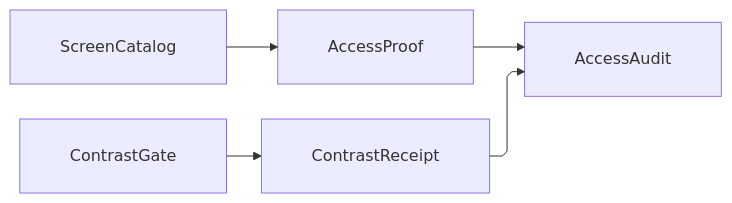
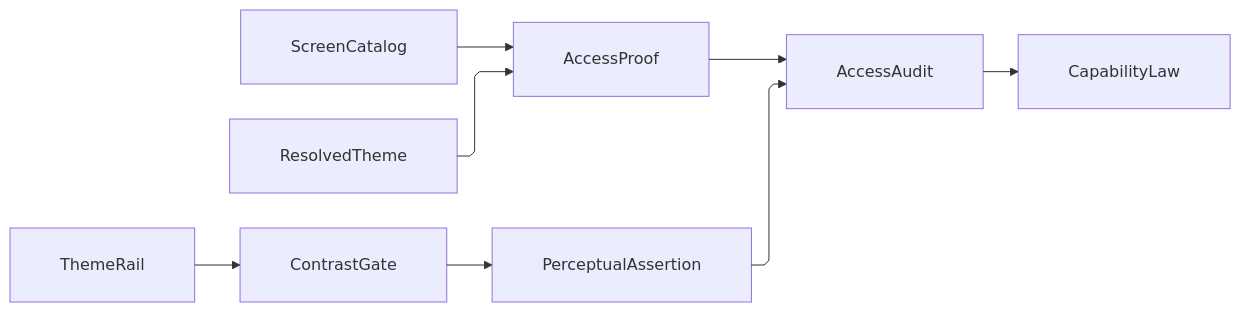
The diagram in libs/csharp/Rasm.AppUi/.planning/Shell/accessibility.md (bsamiee/Rasm), drawn with Mermaid before and after one commit. The commit also changed other lines of this file and 818 other files, not shown here.

````diff
--- a/libs/csharp/Rasm.AppUi/.planning/Shell/accessibility.md
+++ b/libs/csharp/Rasm.AppUi/.planning/Shell/accessibility.md
@@ -457,16 +635,19 @@
 ```mermaid
 ---
 config:
   layout: elk
   flowchart:
     curve: linear
     padding: 25
 ---
 flowchart LR
-    accTitle: Accessibility proof and contrast audit fold
-    accDescr: The screen catalog producing an access proof and the contrast gate producing a contrast receipt, both folding into one accessibility audit.
+    accTitle: Accessibility proof and perceptual assertion fold
+    accDescr: The screen catalog and the resolved theme grid crossing into the access proof sweep, the theme rail candidate rosters folding through the contrast gate into perceptual assertions, and both meeting in one access audit whose capability set is admitted against the whole check roster.
     ScreenCatalog --> AccessProof
+    ResolvedTheme --> AccessProof
+    ThemeRail --> ContrastGate
+    ContrastGate --> PerceptualAssertion
+    PerceptualAssertion --> AccessAudit
     AccessProof --> AccessAudit
-    ContrastGate --> ContrastReceipt
-    ContrastReceipt --> AccessAudit
+    AccessAudit --> CapabilityLaw
 ```
````
